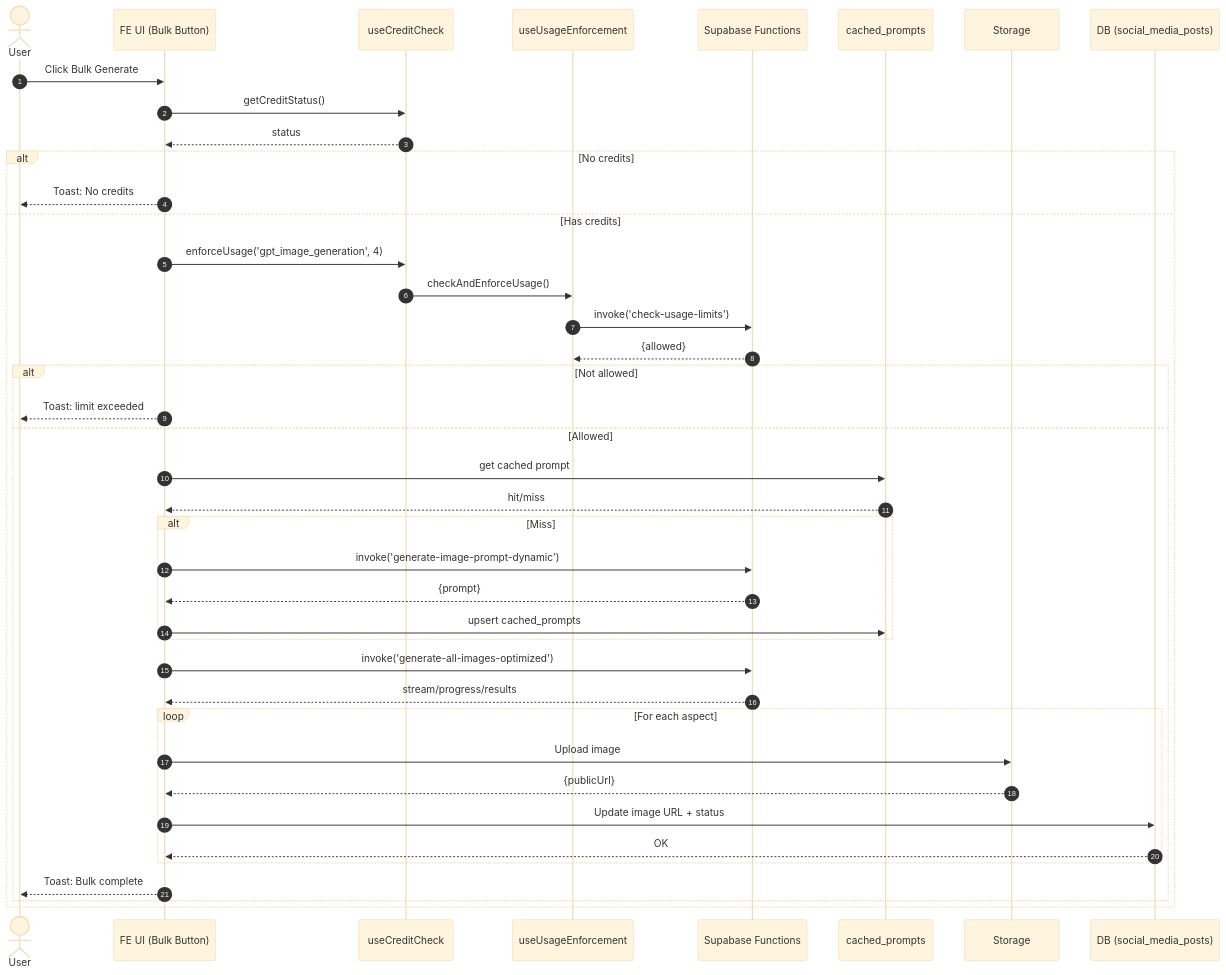
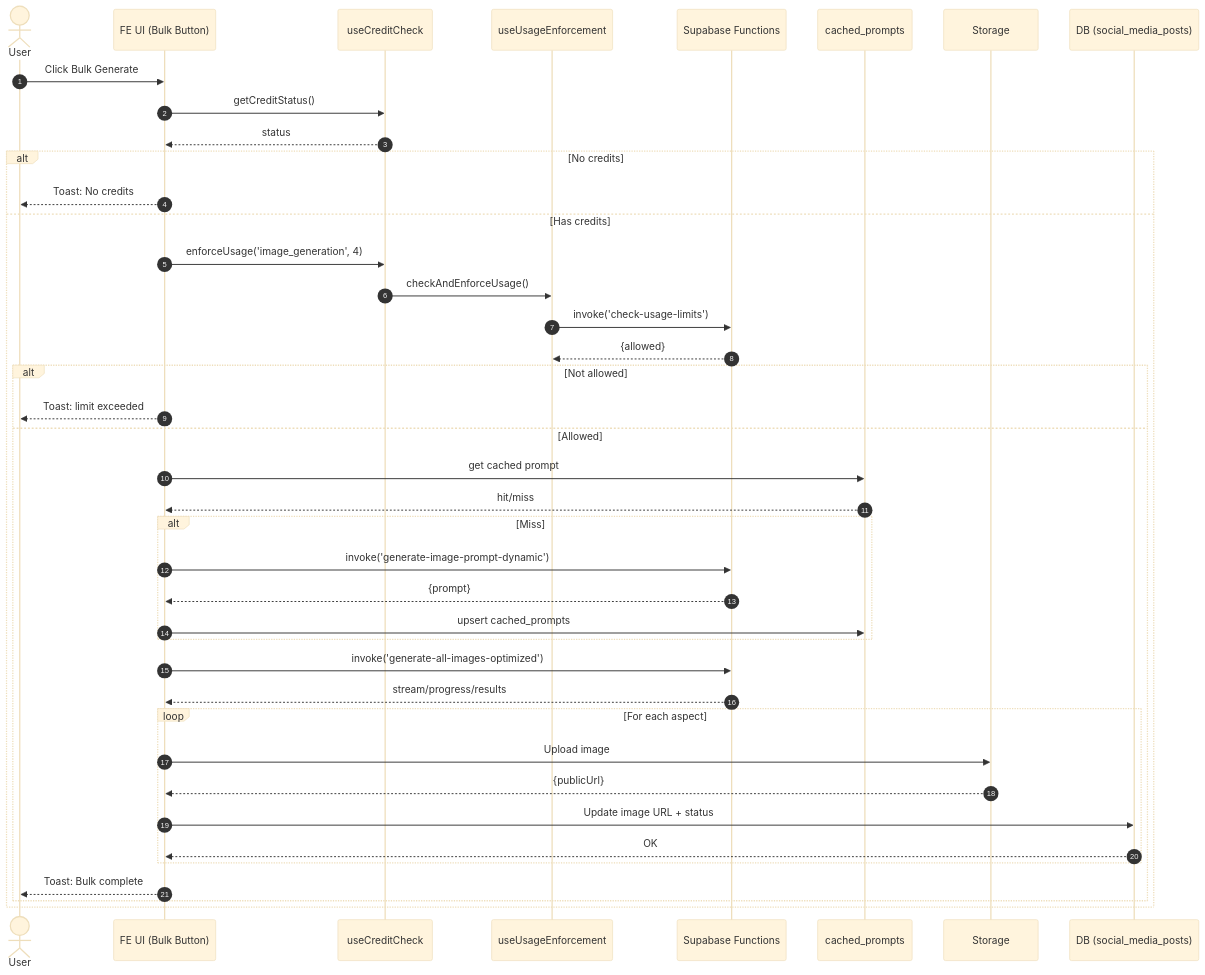
The second of 2 diagrams in docs/text-to-photos-audit-and-hardening.md (jordanleahy/jordansportfolio), drawn with Mermaid (base theme) before and after one commit. The commit also changed other lines of this file, not shown here.

First line of the commit message:
QA: Ensure no calls to gpt_image_generation

````diff
--- a/docs/text-to-photos-audit-and-hardening.md
+++ b/docs/text-to-photos-audit-and-hardening.md
@@ -218,44 +218,44 @@
 ```mermaid
 sequenceDiagram
   autonumber
   actor User
   participant UI as FE UI (Bulk Button)
   participant CC as useCreditCheck
   participant UE as useUsageEnforcement
   participant SB as Supabase Functions
   participant DB as cached_prompts
   participant ST as Storage
   participant POSTS as DB (social_media_posts)
 
   User->>UI: Click Bulk Generate
   UI->>CC: getCreditStatus()
   CC-->>UI: status
   alt No credits
     UI-->>User: Toast: No credits
   else Has credits
-    UI->>CC: enforceUsage('gpt_image_generation', 4)
+    UI->>CC: enforceUsage('image_generation', 4)
     CC->>UE: checkAndEnforceUsage()
     UE->>SB: invoke('check-usage-limits')
     SB-->>UE: {allowed}
     alt Not allowed
       UI-->>User: Toast: limit exceeded
     else Allowed
       UI->>DB: get cached prompt
       DB-->>UI: hit/miss
       alt Miss
         UI->>SB: invoke('generate-image-prompt-dynamic')
         SB-->>UI: {prompt}
         UI->>DB: upsert cached_prompts
       end
       UI->>SB: invoke('generate-all-images-optimized')
       SB-->>UI: stream/progress/results
       loop For each aspect
         UI->>ST: Upload image
         ST-->>UI: {publicUrl}
         UI->>POSTS: Update image URL + status
         POSTS-->>UI: OK
       end
       UI-->>User: Toast: Bulk complete
     end
   end
 ```
````
